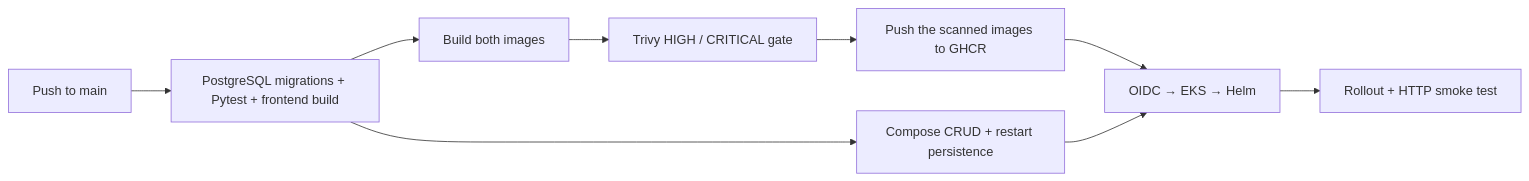
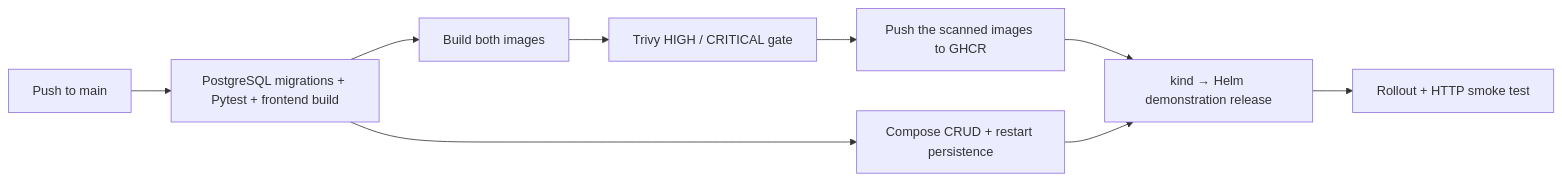
The second of 2 diagrams in README.md (Prisha4gupta/ApplyTrail), drawn with Mermaid before and after one commit. The commit also changed other lines of this file and 22 other files, not shown here.

````diff
--- a/README.md
+++ b/README.md
@@ -164,11 +164,11 @@
 ```mermaid
 flowchart LR
     Commit[Push to main] --> Tests[PostgreSQL migrations + Pytest + frontend build]
     Tests --> Images[Build both images]
     Images --> Scan[Trivy HIGH / CRITICAL gate]
     Scan --> Registry[Push the scanned images to GHCR]
     Tests --> Compose[Compose CRUD + restart persistence]
-    Registry --> Deploy[OIDC → EKS → Helm]
+    Registry --> Deploy[kind → Helm demonstration release]
     Compose --> Deploy
     Deploy --> Verify[Rollout + HTTP smoke test]
 ```
````
